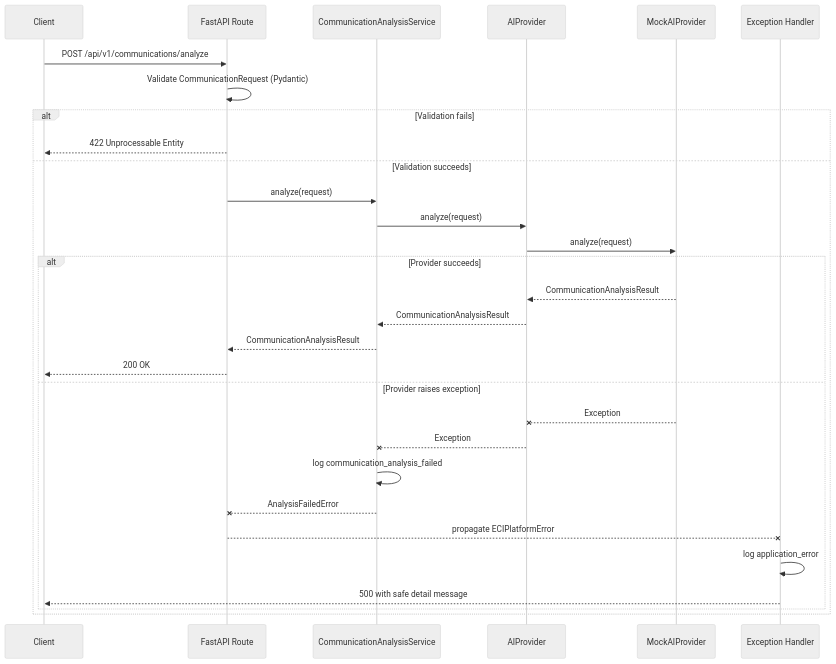
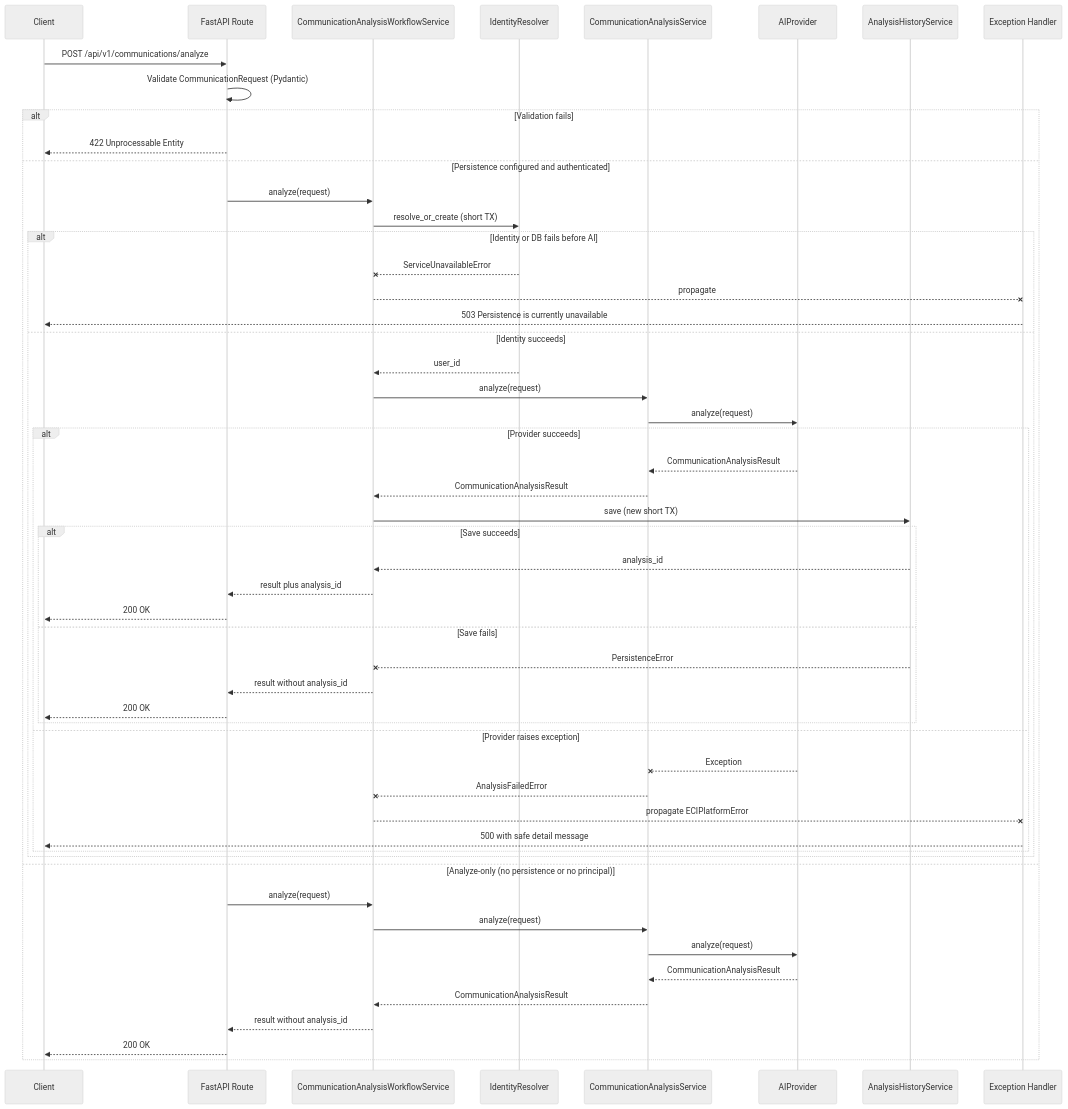
One commit to Susanta2025-lab/enterprise-communication-intelligence changed the diagram in docs/diagrams/request-flow.mmd. Above: the diagram before and after it, drawn with Mermaid (neutral theme). The commit also changed 34 other files, not shown here.

Commit message:
docs: complete phase 9 persistence architecture

```diff
--- a/docs/diagrams/request-flow.mmd
+++ b/docs/diagrams/request-flow.mmd
@@ -1,33 +1,55 @@
 sequenceDiagram
     participant Client
     participant Route as FastAPI Route
+    participant Workflow as CommunicationAnalysisWorkflowService
+    participant Identity as IdentityResolver
     participant Service as CommunicationAnalysisService
     participant Provider as AIProvider
-    participant Mock as MockAIProvider
+    participant History as AnalysisHistoryService
     participant Handler as Exception Handler
 
     Client->>Route: POST /api/v1/communications/analyze
     Route->>Route: Validate CommunicationRequest (Pydantic)
 
     alt Validation fails
         Route-->>Client: 422 Unprocessable Entity
-    else Validation succeeds
-        Route->>Service: analyze(request)
+    else Persistence configured and authenticated
+        Route->>Workflow: analyze(request)
+        Workflow->>Identity: resolve_or_create (short TX)
+        alt Identity or DB fails before AI
+            Identity--xWorkflow: ServiceUnavailableError
+            Workflow--xHandler: propagate
+            Handler-->>Client: 503 Persistence is currently unavailable
+        else Identity succeeds
+            Identity-->>Workflow: user_id
+            Workflow->>Service: analyze(request)
+            Service->>Provider: analyze(request)
+            alt Provider succeeds
+                Provider-->>Service: CommunicationAnalysisResult
+                Service-->>Workflow: CommunicationAnalysisResult
+                Workflow->>History: save (new short TX)
+                alt Save succeeds
+                    History-->>Workflow: analysis_id
+                    Workflow-->>Route: result plus analysis_id
+                    Route-->>Client: 200 OK
+                else Save fails
+                    History--xWorkflow: PersistenceError
+                    Workflow-->>Route: result without analysis_id
+                    Route-->>Client: 200 OK
+                end
+            else Provider raises exception
+                Provider--xService: Exception
+                Service--xWorkflow: AnalysisFailedError
+                Workflow--xHandler: propagate ECIPlatformError
+                Handler-->>Client: 500 with safe detail message
+            end
+        end
+    else Analyze-only (no persistence or no principal)
+        Route->>Workflow: analyze(request)
+        Workflow->>Service: analyze(request)
         Service->>Provider: analyze(request)
-        Provider->>Mock: analyze(request)
-
-        alt Provider succeeds
-            Mock-->>Provider: CommunicationAnalysisResult
-            Provider-->>Service: CommunicationAnalysisResult
-            Service-->>Route: CommunicationAnalysisResult
-            Route-->>Client: 200 OK
-        else Provider raises exception
-            Mock--xProvider: Exception
-            Provider--xService: Exception
-            Service->>Service: log communication_analysis_failed
-            Service--xRoute: AnalysisFailedError
-            Route--xHandler: propagate ECIPlatformError
-            Handler->>Handler: log application_error
-            Handler-->>Client: 500 with safe detail message
-        end
+        Provider-->>Service: CommunicationAnalysisResult
+        Service-->>Workflow: CommunicationAnalysisResult
+        Workflow-->>Route: result without analysis_id
+        Route-->>Client: 200 OK
     end
```
